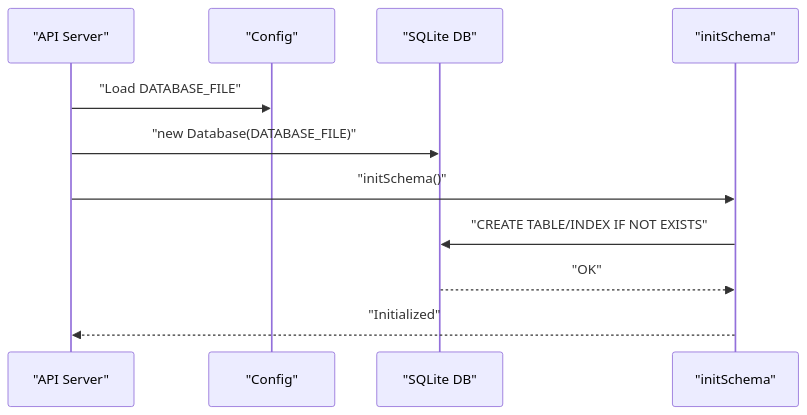
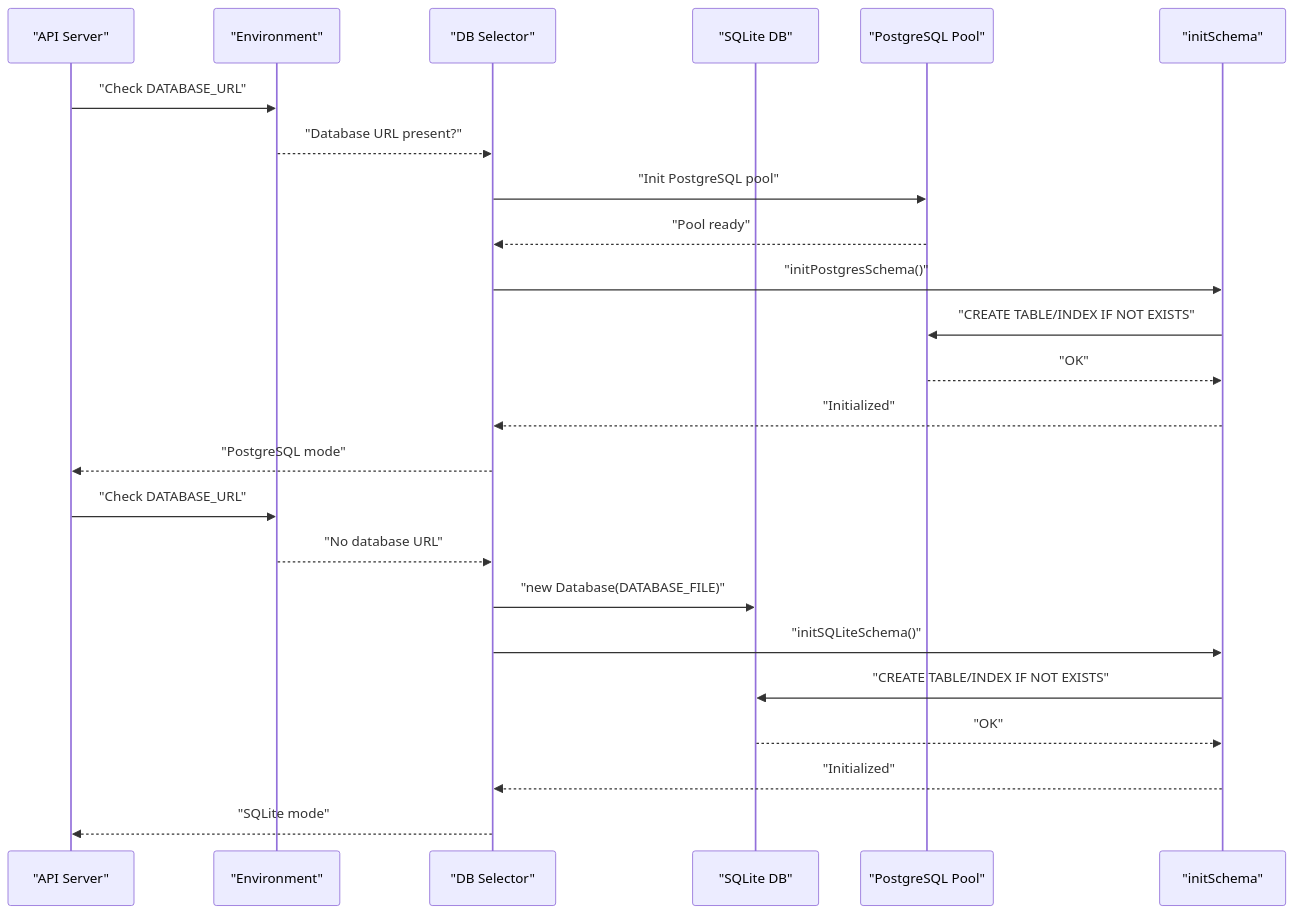
Before and after one commit to aravinthraj-ramalingam/Groww-App-Review-Insights-Analyzer-: the fourth of 8 diagrams in .qoder/repowiki/en/content/Phase 1_ Review Scraper/Database Layer.md, drawn with Mermaid. The commit also changed other lines of this file and 7 other files, not shown here.

````diff
--- a/.qoder/repowiki/en/content/Phase 1_ Review Scraper/Database Layer.md
+++ b/.qoder/repowiki/en/content/Phase 1_ Review Scraper/Database Layer.md
@@ -262,13 +316,26 @@
 ```mermaid
 sequenceDiagram
 participant API as "API Server"
-participant CFG as "Config"
-participant DB as "SQLite DB"
+participant ENV as "Environment"
+participant DB_SELECTOR as "DB Selector"
+participant SQLITE as "SQLite DB"
+participant PG_POOL as "PostgreSQL Pool"
 participant INIT as "initSchema"
-API->>CFG : "Load DATABASE_FILE"
-API->>DB : "new Database(DATABASE_FILE)"
-API->>INIT : "initSchema()"
-INIT->>DB : "CREATE TABLE/INDEX IF NOT EXISTS"
-DB-->>INIT : "OK"
-INIT-->>API : "Initialized"
+API->>ENV : "Check DATABASE_URL"
+ENV-->>DB_SELECTOR : "Database URL present?"
+DB_SELECTOR->>PG_POOL : "Init PostgreSQL pool"
+PG_POOL-->>DB_SELECTOR : "Pool ready"
+DB_SELECTOR->>INIT : "initPostgresSchema()"
+INIT->>PG_POOL : "CREATE TABLE/INDEX IF NOT EXISTS"
+PG_POOL-->>INIT : "OK"
+INIT-->>DB_SELECTOR : "Initialized"
+DB_SELECTOR-->>API : "PostgreSQL mode"
+API->>ENV : "Check DATABASE_URL"
+ENV-->>DB_SELECTOR : "No database URL"
+DB_SELECTOR->>SQLITE : "new Database(DATABASE_FILE)"
+DB_SELECTOR->>INIT : "initSQLiteSchema()"
+INIT->>SQLITE : "CREATE TABLE/INDEX IF NOT EXISTS"
+SQLITE-->>INIT : "OK"
+INIT-->>DB_SELECTOR : "Initialized"
+DB_SELECTOR-->>API : "SQLite mode"
 ```
````
